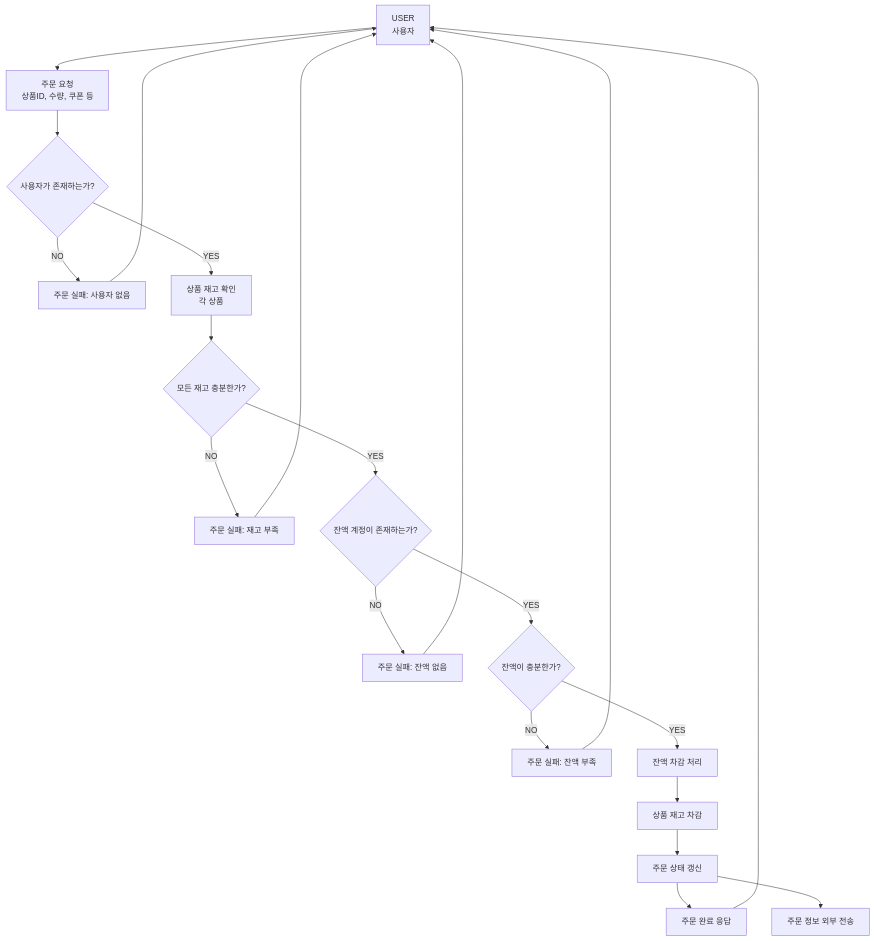
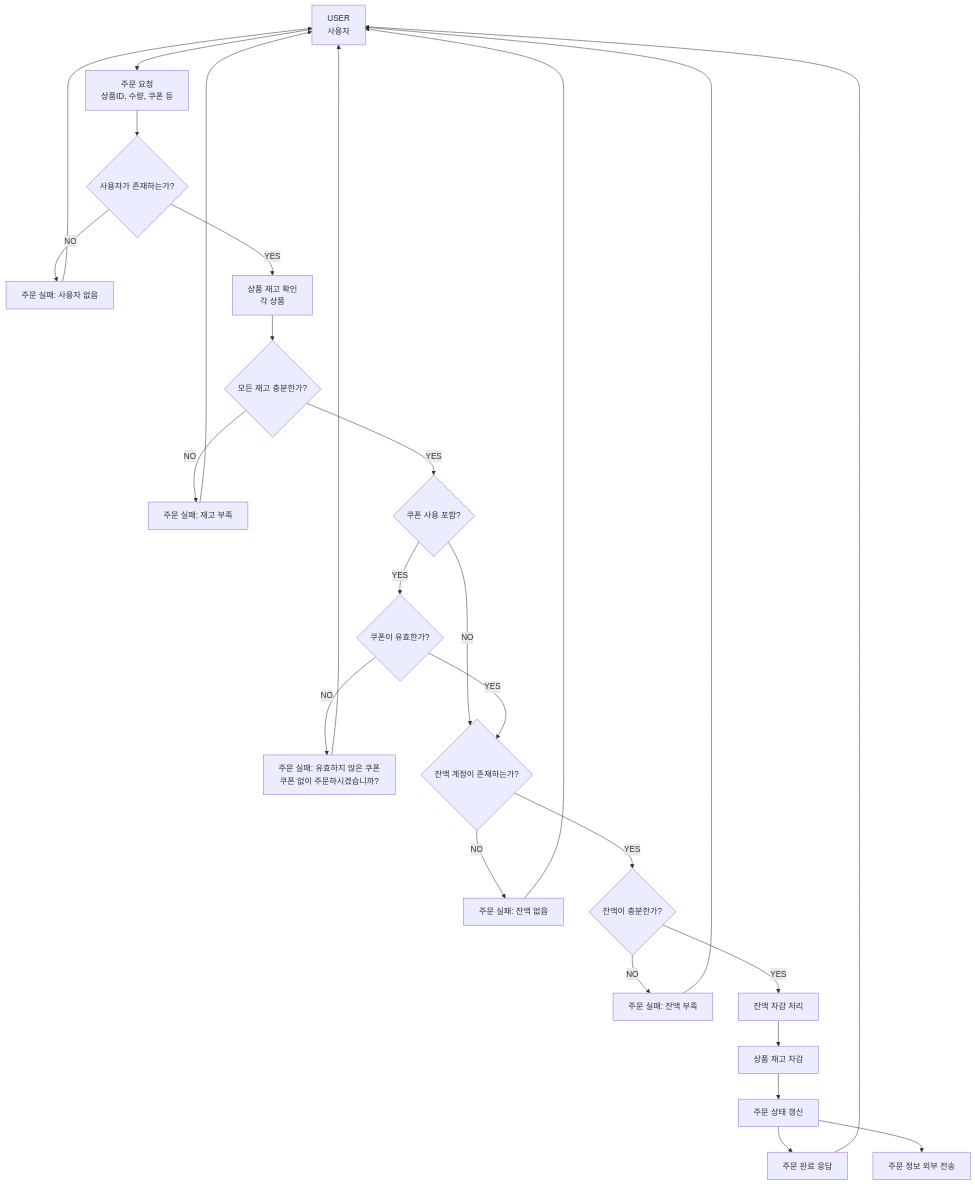
Before and after one commit to hanghae-plus-anveloper/e-commerce: the sixth of 7 diagrams in docs/flow-chart/flow.md, drawn with Mermaid.

Commit message:
docs: 주문 시 쿠폰 사용 분기

````diff
--- a/docs/flow-chart/flow.md
+++ b/docs/flow-chart/flow.md
@@ -126,41 +126,52 @@
 ```mermaid
 flowchart TB
     %% 주문 요청
     USER[USER<br>사용자]
     ORDER_REQ[주문 요청<br>상품ID, 수량, 쿠폰 등]
     USER_EXISTS{사용자가 존재하는가?}
     USER_NOT_FOUND[주문 실패: 사용자 없음]
 
     %% 재고 확인
     CHECK_STOCK[상품 재고 확인<br>각 상품]
     STOCK_OK{모든 재고 충분한가?}
     STOCK_FAIL[주문 실패: 재고 부족]
+
+    %% 쿠폰 분기 및 유효성 검증
+    HAS_COUPON{쿠폰 사용 포함?}
+    COUPON_VALID{쿠폰이 유효한가?}
+    COUPON_INVALID[주문 실패: 유효하지 않은 쿠폰<br>쿠폰 없이 주문하시겠습니까?]
 
     %% 잔액 확인 및 차감
     BALANCE_EXIST{잔액 계정이 존재하는가?}
     BALANCE_NOT_FOUND[주문 실패: 잔액 없음]
     BALANCE_SUFFICIENT{잔액이 충분한가?}
     BALANCE_INSUFFICIENT[주문 실패: 잔액 부족]
     DEDUCT_BALANCE[잔액 차감 처리]
 
     %% 재고 차감 및 주문 저장
     DEDUCT_STOCK[상품 재고 차감]
     SAVE_ORDER[주문 상태 갱신]
     SEND_TO_EXTERNAL[주문 정보 외부 전송]
     ORDER_SUCCESS[주문 완료 응답]
 
     %% 흐름 구성
     USER --> ORDER_REQ --> USER_EXISTS
     USER_EXISTS -- NO --> USER_NOT_FOUND --> USER
     USER_EXISTS -- YES --> CHECK_STOCK --> STOCK_OK
+
     STOCK_OK -- NO --> STOCK_FAIL --> USER
-    STOCK_OK -- YES --> BALANCE_EXIST
+    STOCK_OK -- YES --> HAS_COUPON
+    HAS_COUPON -- NO --> BALANCE_EXIST
+    HAS_COUPON -- YES --> COUPON_VALID
+    COUPON_VALID -- NO --> COUPON_INVALID --> USER
+    COUPON_VALID -- YES --> BALANCE_EXIST
+
     BALANCE_EXIST -- NO --> BALANCE_NOT_FOUND --> USER
     BALANCE_EXIST -- YES --> BALANCE_SUFFICIENT
     BALANCE_SUFFICIENT -- NO --> BALANCE_INSUFFICIENT --> USER
     BALANCE_SUFFICIENT -- YES --> DEDUCT_BALANCE --> DEDUCT_STOCK --> SAVE_ORDER
         SAVE_ORDER --> ORDER_SUCCESS --> USER
     SAVE_ORDER --> SEND_TO_EXTERNAL
 
 
 ```
````
